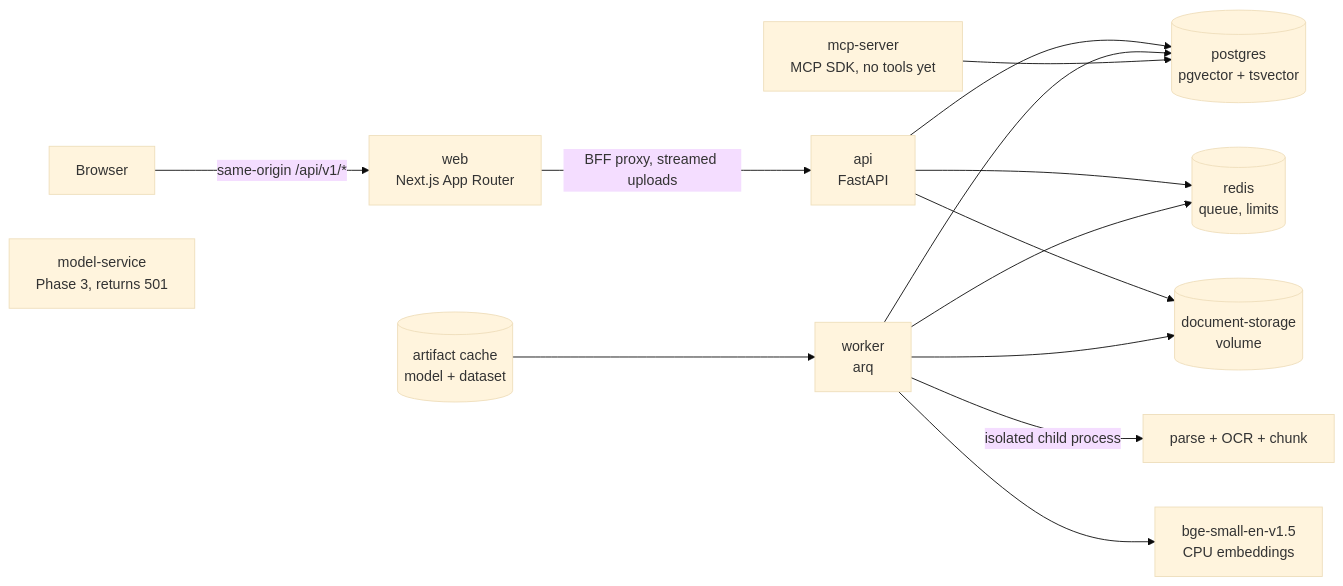
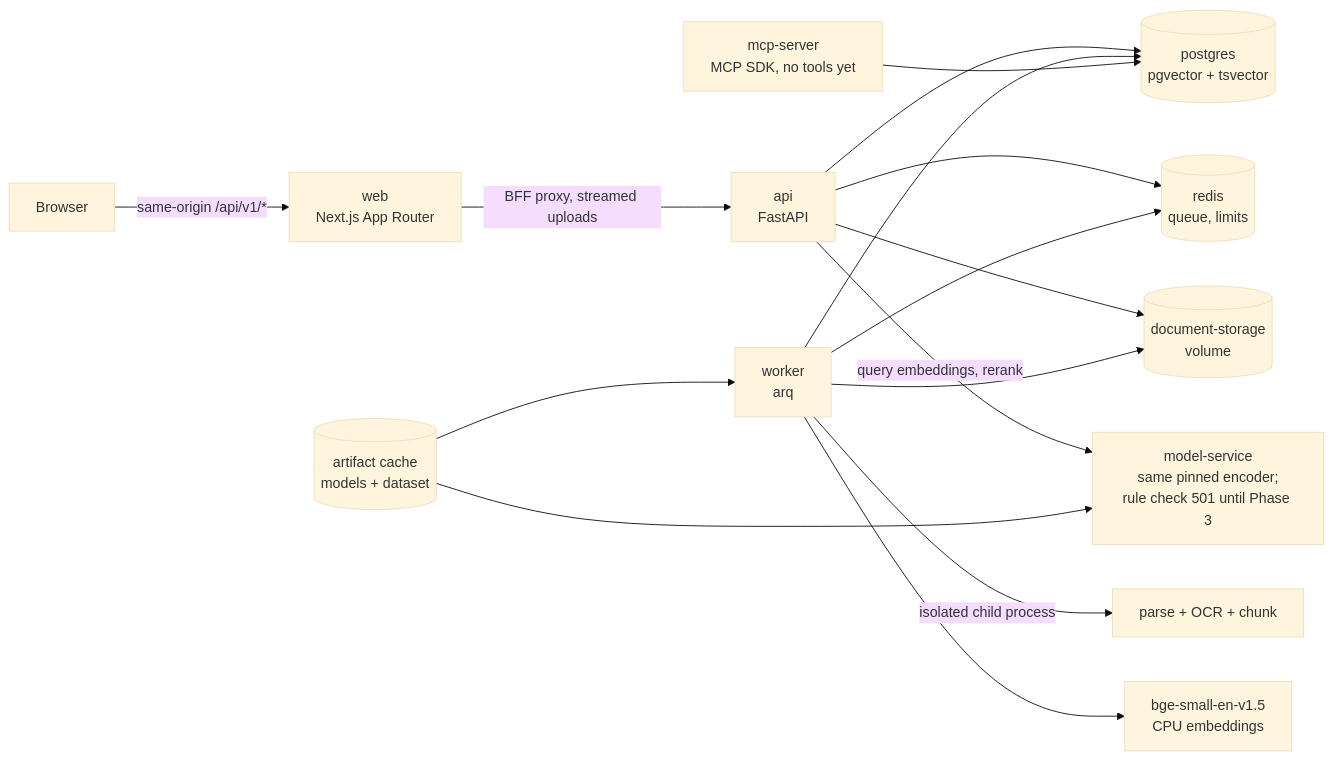
Before and after one commit to JCHETAN26/compliance: the diagram in README.md, drawn with Mermaid (base theme). The commit also changed other lines of this file and 68 other files, not shown here.

````diff
--- a/README.md
+++ b/README.md
@@ -30,16 +37,17 @@
 ```mermaid
 flowchart LR
   browser[Browser] -->|same-origin /api/v1/*| web[web<br/>Next.js App Router]
   web -->|BFF proxy, streamed uploads| api[api<br/>FastAPI]
   api --> pg[(postgres<br/>pgvector + tsvector)]
   api --> redis[(redis<br/>queue, limits)]
   api --> store[(document-storage<br/>volume)]
   worker[worker<br/>arq] --> redis
   worker --> pg
   worker --> store
   worker -->|isolated child process| parse[parse + OCR + chunk]
   worker --> emb[bge-small-en-v1.5<br/>CPU embeddings]
-  cache[(artifact cache<br/>model + dataset)] --> worker
+  api -->|query embeddings, rerank| model[model-service<br/>same pinned encoder;<br/>rule check 501 until Phase 3]
+  cache[(artifact cache<br/>models + dataset)] --> worker
+  cache --> model
   mcp[mcp-server<br/>MCP SDK, no tools yet] --> pg
-  model[model-service<br/>Phase 3, returns 501]
 ```
````
